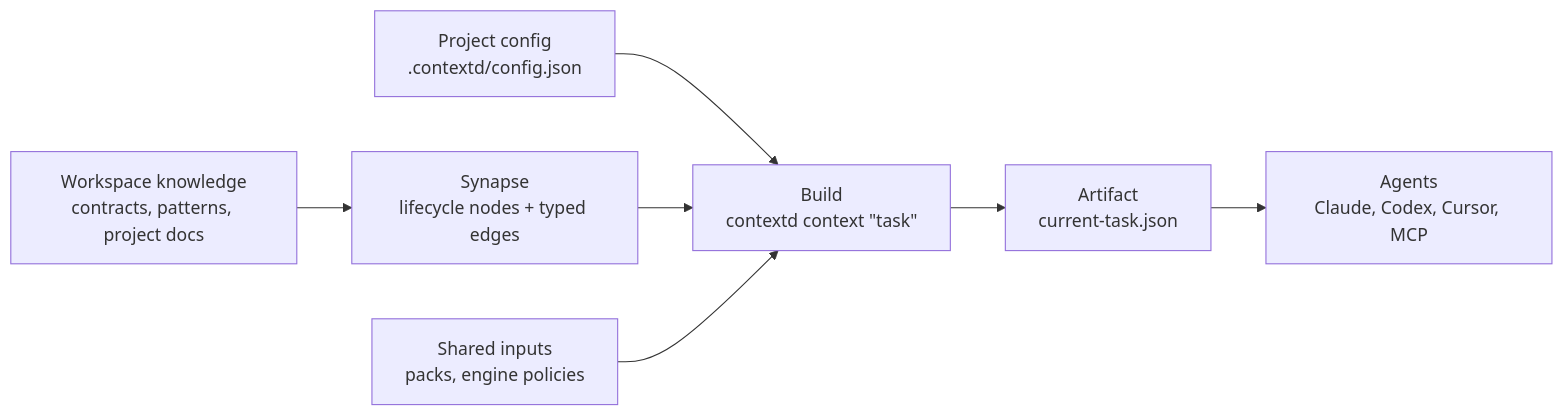
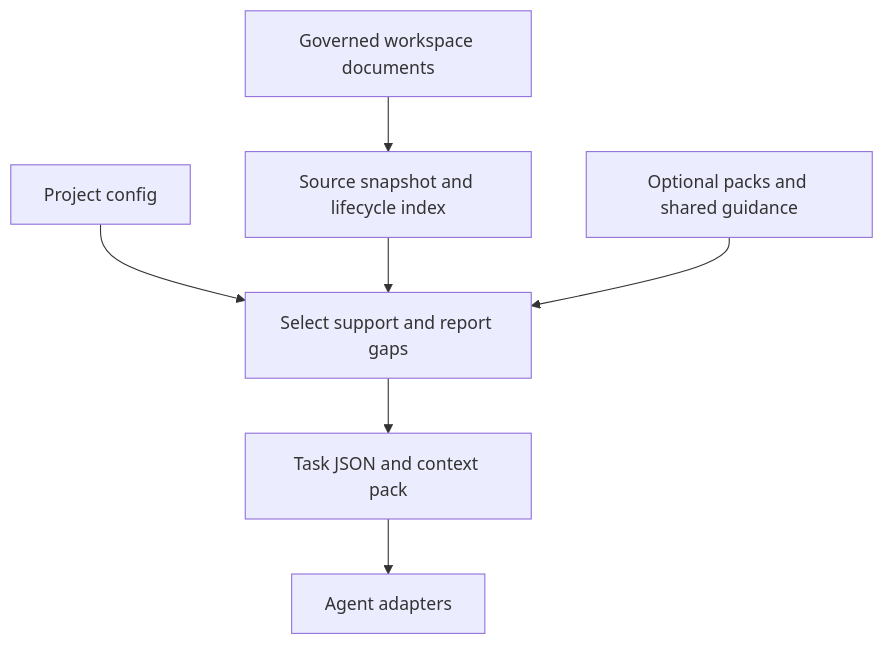
One commit to philngt/contextd changed the diagram in README.md. Above: the diagram before and after it, drawn with Mermaid. The commit also changed other lines of this file and 92 other files, not shown here.

````diff
--- a/README.md
+++ b/README.md
@@ -16,17 +37,17 @@
 ```mermaid
-flowchart LR
-  Config["Project config<br/>.contextd/config.json"]
-  Knowledge["Workspace knowledge<br/>contracts, patterns, project docs"]
-  Static["Shared inputs<br/>packs, engine policies"]
-  Synapse["Synapse<br/>lifecycle nodes + typed edges"]
-  Build["Build<br/>contextd context &quot;task&quot;"]
-  Artifact["Artifact<br/>current-task.json"]
-  Agents["Agents<br/>Claude, Codex, Cursor, MCP"]
+flowchart TD
+  Config["Project config"]
+  Knowledge["Governed workspace documents"]
+  Static["Optional packs and shared guidance"]
+  Synapse["Source snapshot and lifecycle index"]
+  Build["Select support and report gaps"]
+  Artifact["Task JSON and context pack"]
+  Agents["Agent adapters"]
 
   Config --> Build
   Knowledge --> Synapse
   Synapse --> Build
   Static --> Build
   Build --> Artifact
   Artifact --> Agents
 ```
````
